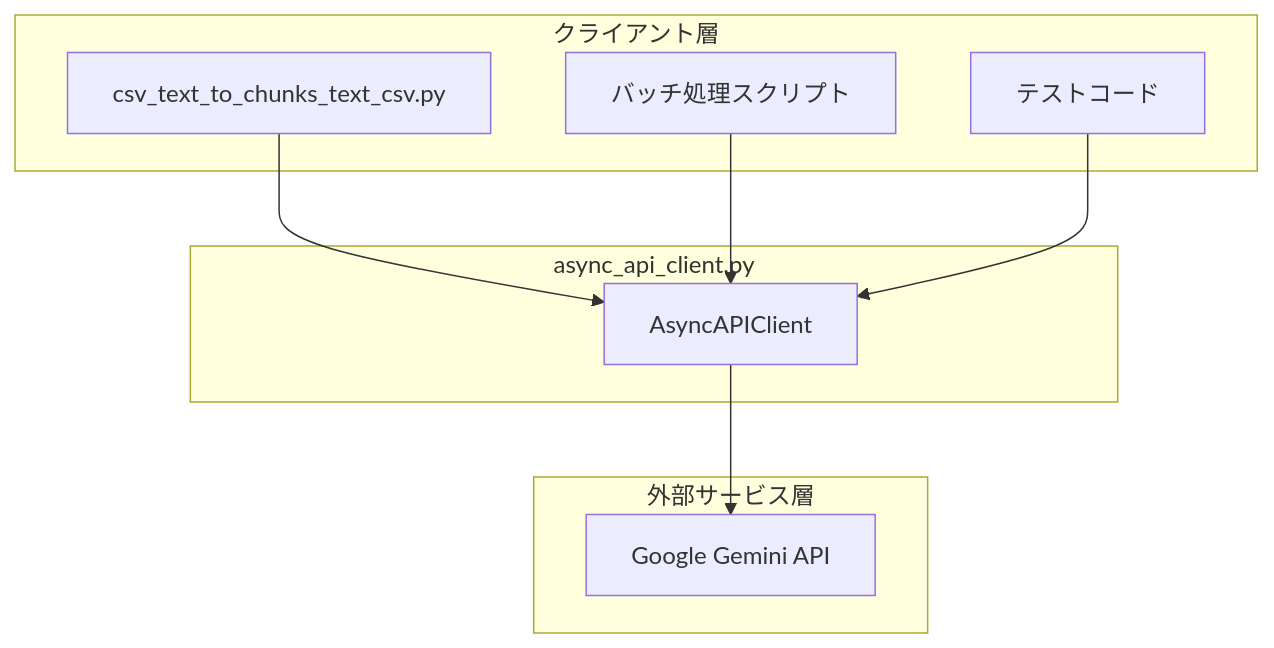
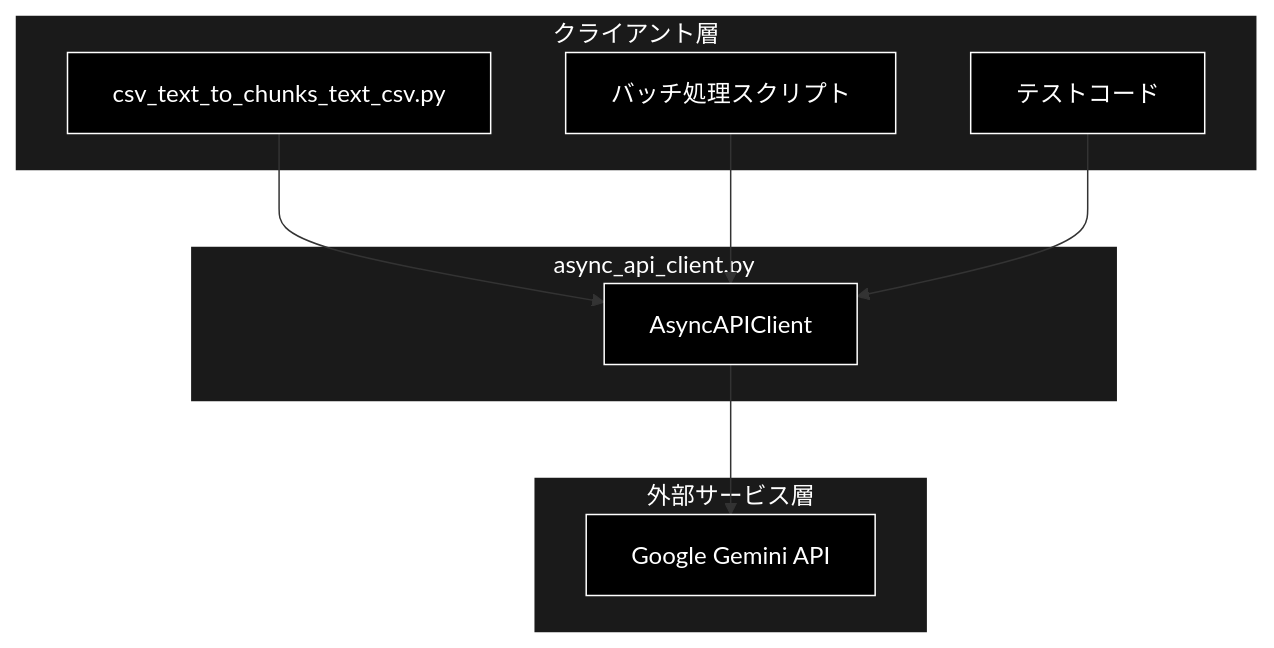
Before and after one commit to nakashima2toshio/grace_v2_local: the first of 5 diagrams in chunking/docs/async_api_client.md, drawn with Mermaid. The commit also changed other lines of this file and 4 other files, not shown here.

First line of the commit message:
docs: Mermaid 26 図に黒背景スタイルを適用する

````diff
--- a/chunking/docs/async_api_client.md
+++ b/chunking/docs/async_api_client.md
@@ -61,21 +61,27 @@
 ```mermaid
 flowchart TB
     subgraph CLIENT["クライアント層"]
         CHUNKER[csv_text_to_chunks_text_csv.py]
         BATCH[バッチ処理スクリプト]
         TEST[テストコード]
     end
 
     subgraph MODULE["async_api_client.py"]
         ASYNC_CLIENT[AsyncAPIClient]
     end
 
     subgraph EXTERNAL["外部サービス層"]
         GEMINI[Google Gemini API]
     end
 
     CHUNKER --> ASYNC_CLIENT
     BATCH --> ASYNC_CLIENT
     TEST --> ASYNC_CLIENT
     ASYNC_CLIENT --> GEMINI
+classDef default fill:#000,stroke:#fff,color:#fff
+classDef subgraphStyle fill:#1a1a1a,stroke:#fff,color:#fff
+class CHUNKER,BATCH,TEST,ASYNC_CLIENT,GEMINI default
+style CLIENT fill:#1a1a1a,stroke:#fff,color:#fff
+style MODULE fill:#1a1a1a,stroke:#fff,color:#fff
+style EXTERNAL fill:#1a1a1a,stroke:#fff,color:#fff
 ```
````
